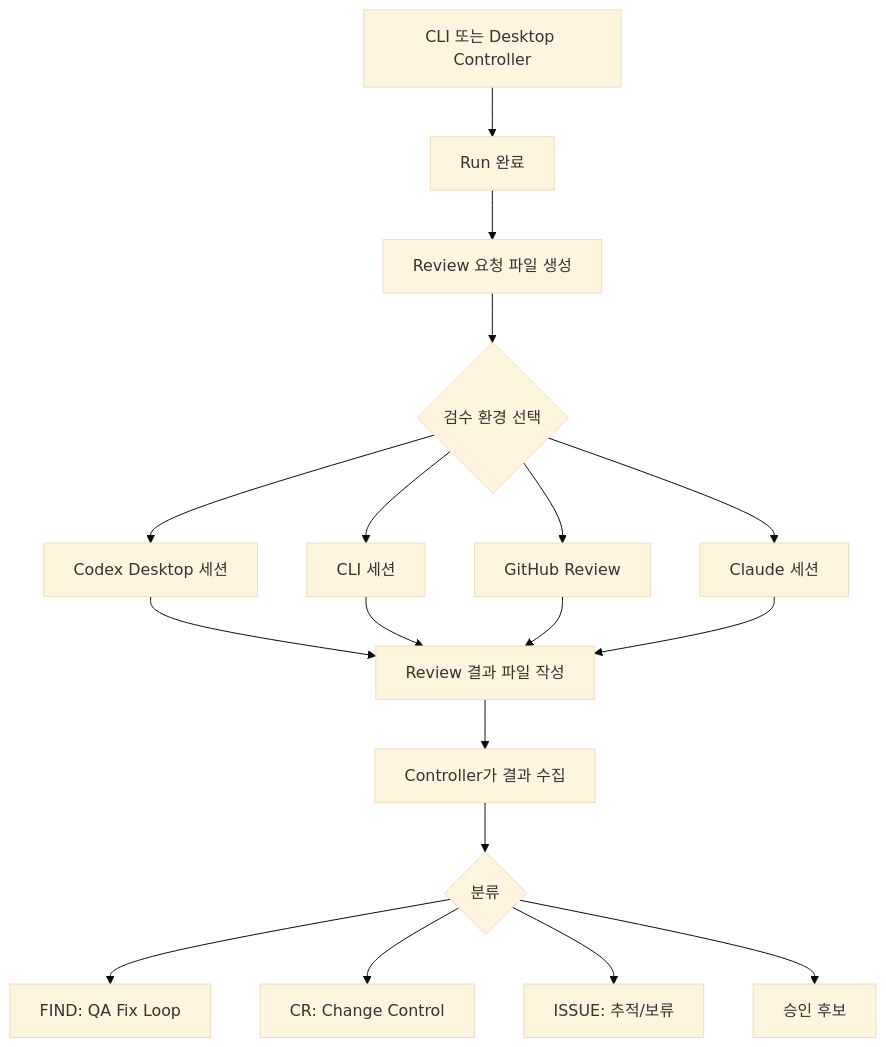
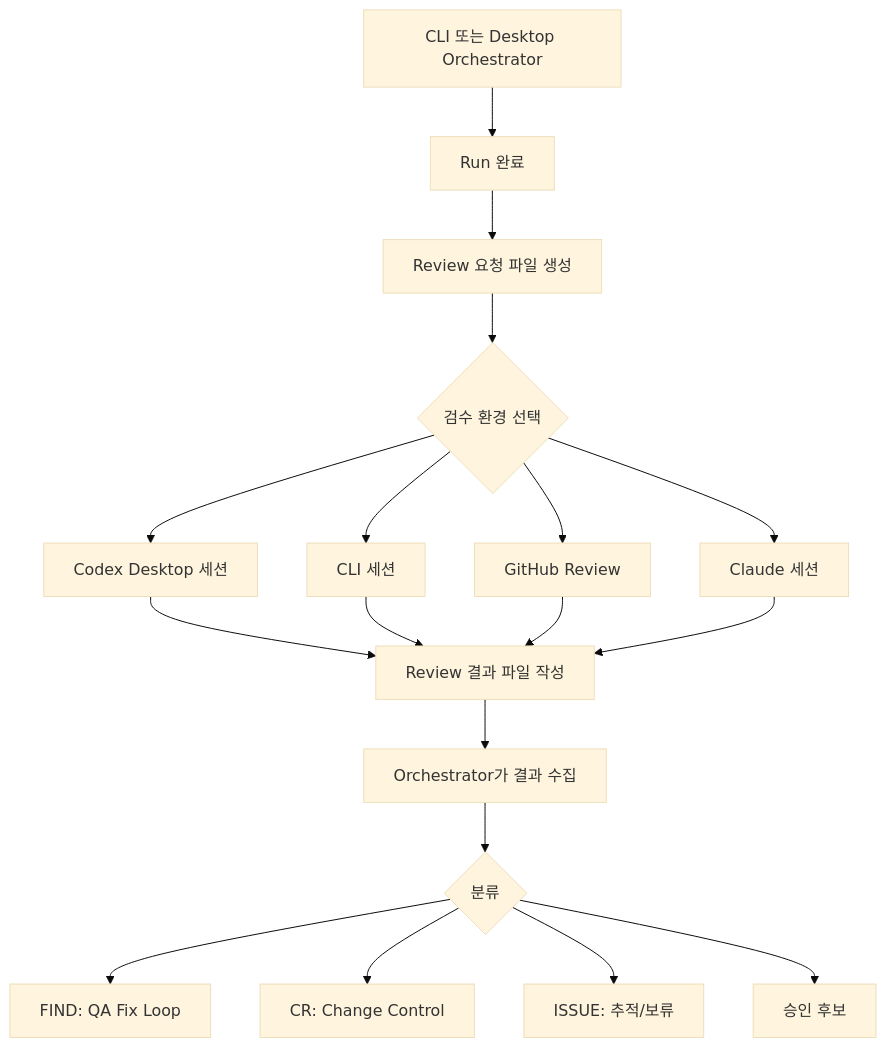
The diagram in docs/reference/SESSION-COORDINATION-IDEAL.md (zeni-on/vulcan-anvil-ex), drawn with Mermaid (base theme) before and after one commit. The commit also changed other lines of this file and 13 other files, not shown here.

````diff
--- a/docs/reference/SESSION-COORDINATION-IDEAL.md
+++ b/docs/reference/SESSION-COORDINATION-IDEAL.md
@@ -34,20 +34,20 @@
 ```mermaid
 flowchart TD
-  A["CLI 또는 Desktop Controller"] --> B["Run 완료"]
+  A["CLI 또는 Desktop Orchestrator"] --> B["Run 완료"]
   B --> C["Review 요청 파일 생성"]
   C --> D{"검수 환경 선택"}
   D --> E["Codex Desktop 세션"]
   D --> F["CLI 세션"]
   D --> G["GitHub Review"]
   D --> H["Claude 세션"]
   E --> I["Review 결과 파일 작성"]
   F --> I
   G --> I
   H --> I
-  I --> J["Controller가 결과 수집"]
+  I --> J["Orchestrator가 결과 수집"]
   J --> K{"분류"}
   K --> L["FIND: QA Fix Loop"]
   K --> M["CR: Change Control"]
   K --> N["ISSUE: 추적/보류"]
   K --> O["승인 후보"]
 ```
````
